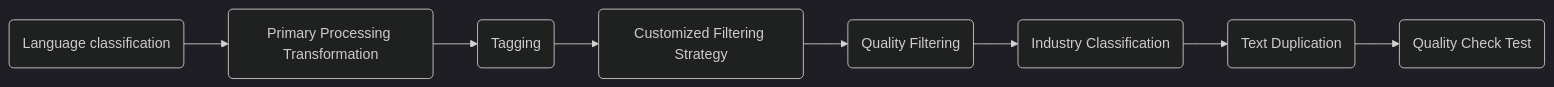
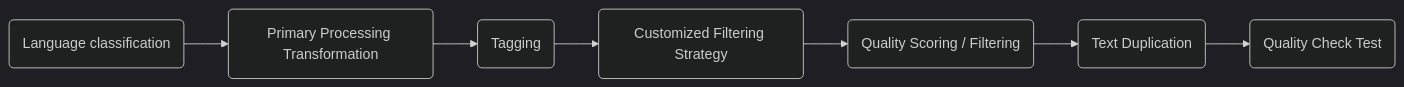
Before and after one commit to ChrisZhu2050/chriszhu2050.github.io: the diagram in docs/llm-essential-training-data.md, drawn with Mermaid (dark theme). The commit also changed other lines of this file, not shown here.

````diff
--- a/docs/llm-essential-training-data.md
+++ b/docs/llm-essential-training-data.md
@@ -33,5 +33,5 @@
       ```mermaid
          graph LR
-            B("`Language classification  `") --> C("`Primary Processing Transformation`") --> D("`Tagging`")  --> E("`Customized Filtering Strategy`") --> F("`Quality Filtering `")--> G("`Industry Classification `") --> H("`Text Duplication`")--> I("`Quality Check Test`")
+            B("`Language classification  `") --> C("`Primary Processing Transformation`") --> D("`Tagging`")  --> E("`Customized Filtering Strategy`") --> F("`Quality Scoring / Filtering `") --> H("`Text Duplication`")--> I("`Quality Check Test`")
             click A "#Forward-Transformer"
       ```  
````
